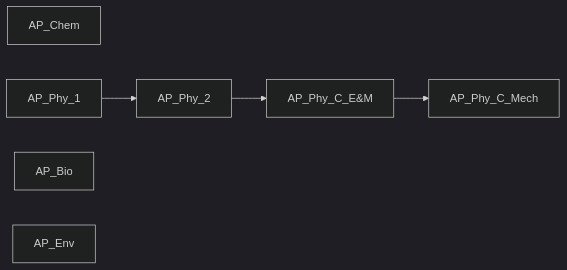
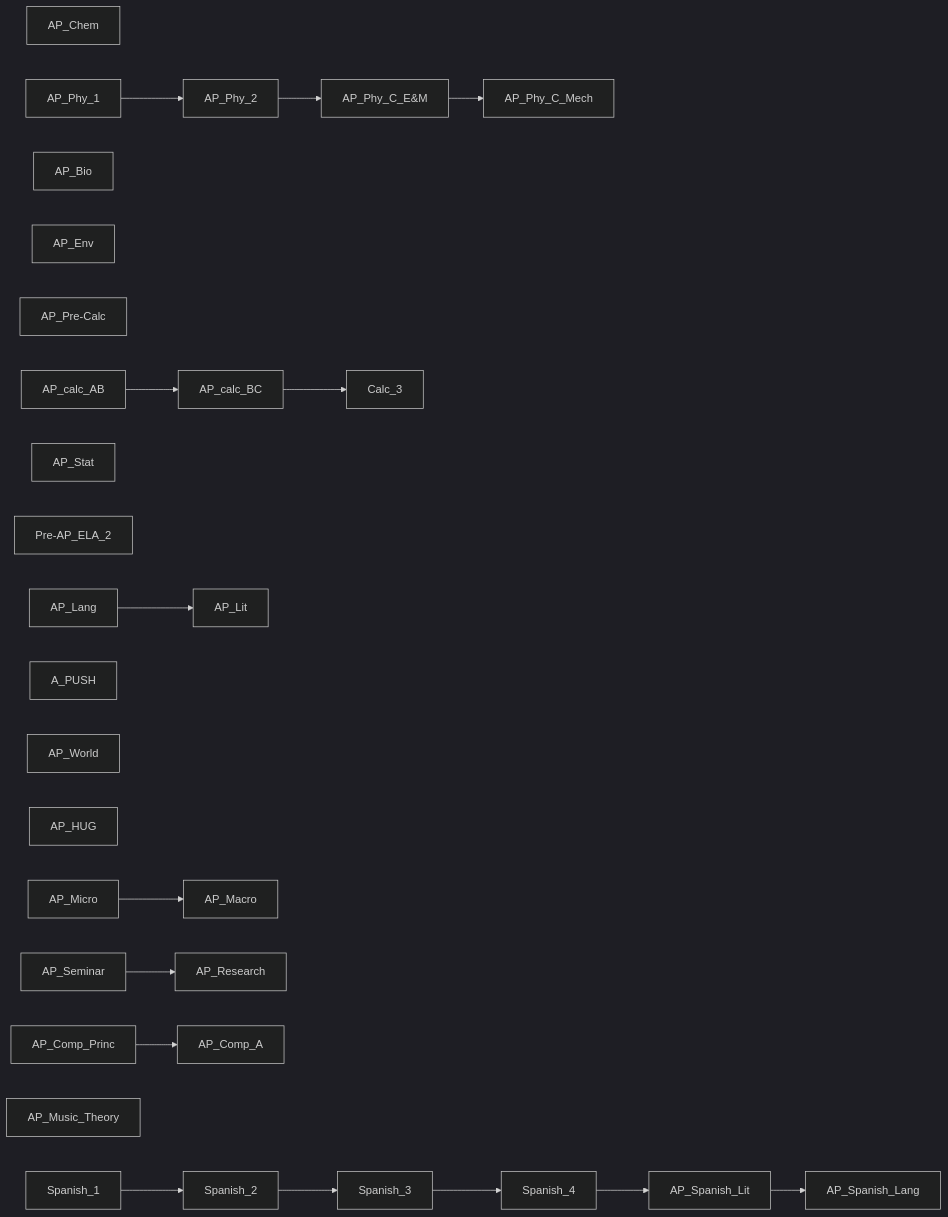
One commit to CodeFestus/shs-grw changed the diagram in classes.mmd. Above: the diagram before and after it, drawn with Mermaid (dark theme). The commit also changed 1 other file, not shown here.

```diff
--- a/classes.mmd
+++ b/classes.mmd
@@ -1,5 +1,18 @@
 graph LR;
     AP_Chem;
     AP_Phy_1-->AP_Phy_2-->AP_Phy_C_E&M-->AP_Phy_C_Mech;
     AP_Bio;
     AP_Env;
+    AP_Pre-Calc
+    AP_calc_AB-->AP_calc_BC-->Calc_3
+    AP_Stat
+    Pre-AP_ELA_2
+    AP_Lang-->AP_Lit
+    A_PUSH
+    AP_World
+    AP_HUG
+    AP_Micro-->AP_Macro
+    AP_Seminar-->AP_Research
+    AP_Comp_Princ-->AP_Comp_A
+    AP_Music_Theory
+    Spanish_1-->Spanish_2-->Spanish_3-->Spanish_4-->AP_Spanish_Lit-->AP_Spanish_Lang
```
